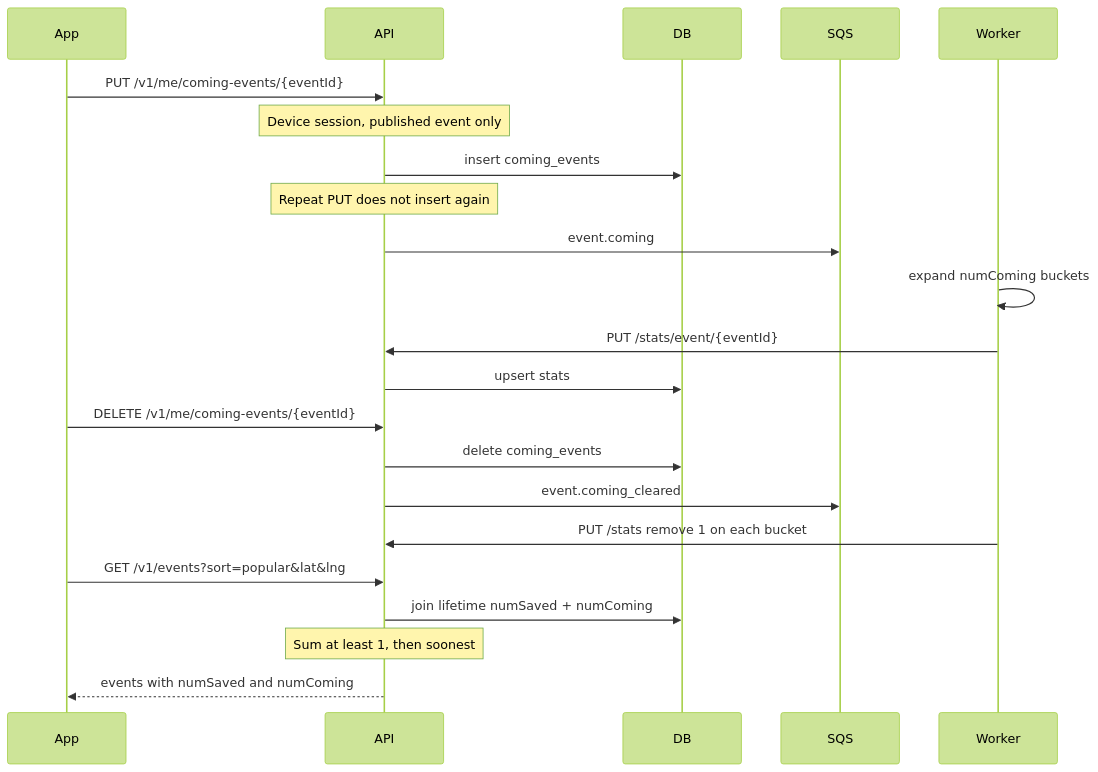
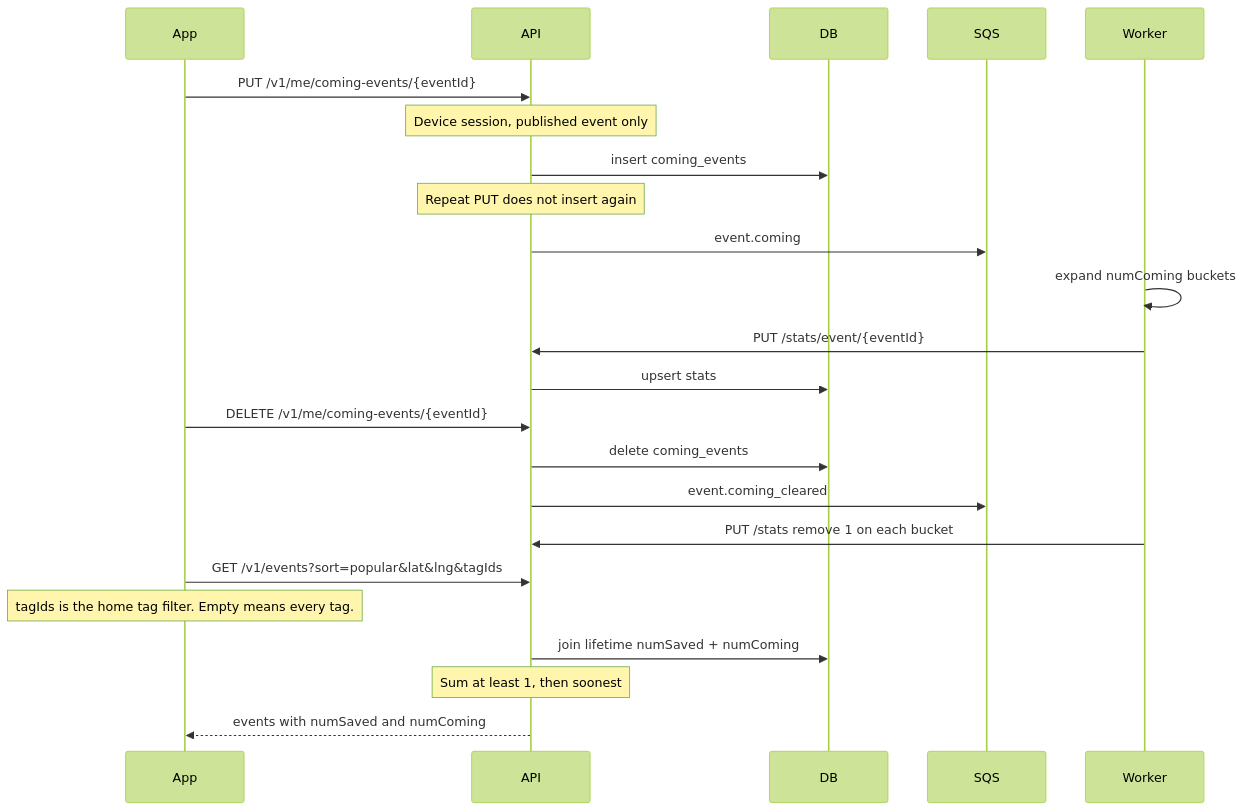
Before and after one commit to BradleySmallbottoms/evently: the diagram in docs/flows/event-coming.md, drawn with Mermaid (forest theme). The commit also changed 32 other files, not shown here.

````diff
--- a/docs/flows/event-coming.md
+++ b/docs/flows/event-coming.md
@@ -7,27 +7,28 @@
 ```mermaid
 sequenceDiagram
   participant App
   participant API
   participant DB
   participant Queue as SQS
   participant Worker
 
   App->>API: PUT /v1/me/coming-events/{eventId}
   Note over API: Device session, published event only
   API->>DB: insert coming_events
   Note over API: Repeat PUT does not insert again
   API->>Queue: event.coming
   Worker->>Worker: expand numComing buckets
   Worker->>API: PUT /stats/event/{eventId}
   API->>DB: upsert stats
 
   App->>API: DELETE /v1/me/coming-events/{eventId}
   API->>DB: delete coming_events
   API->>Queue: event.coming_cleared
   Worker->>API: PUT /stats remove 1 on each bucket
 
-  App->>API: GET /v1/events?sort=popular&lat&lng
+  App->>API: GET /v1/events?sort=popular&lat&lng&tagIds
+  Note over App: tagIds is the home tag filter. Empty means every tag.
   API->>DB: join lifetime numSaved + numComing
   Note over API: Sum at least 1, then soonest
   API-->>App: events with numSaved and numComing
 ```
````
